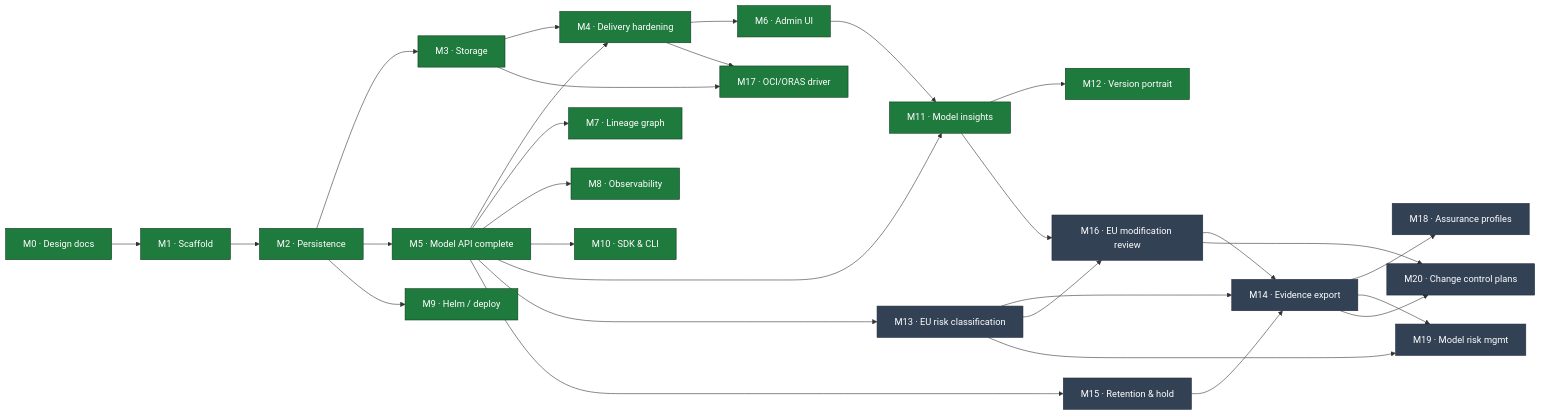
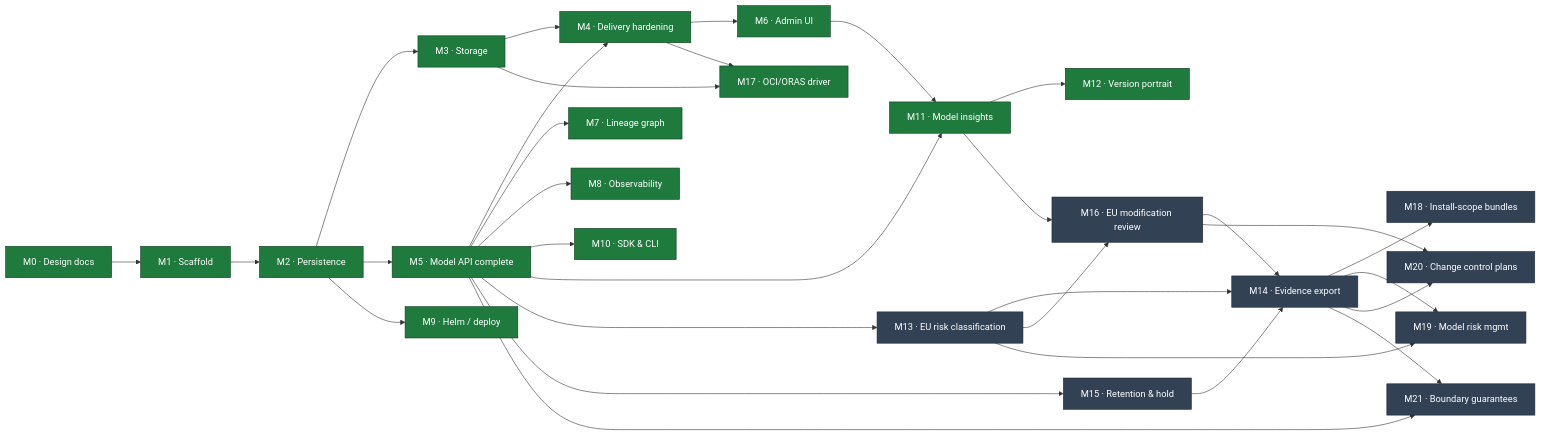
One commit to proseria-research/lineage changed the diagram in MILESTONES.md. Above: the diagram before and after it, drawn with Mermaid. The commit also changed other lines of this file and 1 other file, not shown here.

First line of the commit message:
docs: rework MILESTONES around the open-core boundary

````diff
--- a/MILESTONES.md
+++ b/MILESTONES.md
@@ -11,40 +17,43 @@
 ```mermaid
 flowchart LR
     M0["M0 · Design docs"] --> M1["M1 · Scaffold"]
     M1 --> M2["M2 · Persistence"]
     M2 --> M3["M3 · Storage"]
     M2 --> M5["M5 · Model API complete"]
     M3 --> M4["M4 · Delivery hardening"]
     M5 --> M4
     M5 --> M7["M7 · Lineage graph"]
     M4 --> M6["M6 · Admin UI"]
     M5 --> M8["M8 · Observability"]
     M2 --> M9["M9 · Helm / deploy"]
     M5 --> M10["M10 · SDK & CLI"]
     M5 --> M11["M11 · Model insights"]
     M6 --> M11
     M11 --> M12["M12 · Version portrait"]
 
     M5 --> M13["M13 · EU risk classification"]
     M13 --> M14["M14 · Evidence export"]
     M13 --> M16["M16 · EU modification review"]
     M11 --> M16
     M16 --> M14
     M5 --> M15["M15 · Retention &amp; hold"]
     M15 --> M14
 
     M3 --> M17["M17 · OCI/ORAS driver"]
     M4 --> M17
 
-    M14 --> M18["M18 · Assurance profiles"]
+    M14 --> M18["M18 · Install-scope bundles"]
     M13 --> M19["M19 · Model risk mgmt"]
     M14 --> M19
     M16 --> M20["M20 · Change control plans"]
     M14 --> M20
 
+    M5 --> M21["M21 · Boundary guarantees"]
+    M14 --> M21
+
     classDef done fill:#1f7a3d,stroke:#0d3d1e,color:#fff;
     classDef active fill:#b45309,stroke:#7c3a06,color:#fff;
     classDef todo fill:#334155,stroke:#1e293b,color:#fff;
     class M0,M1,M2,M3,M4,M5,M6,M7,M8,M9,M10,M11,M12,M17 done;
-    class M13,M14,M15,M16,M18,M19,M20 todo;
+    class M13,M14,M15,M16,M18,M19,M20,M21 todo;
 ```
````
